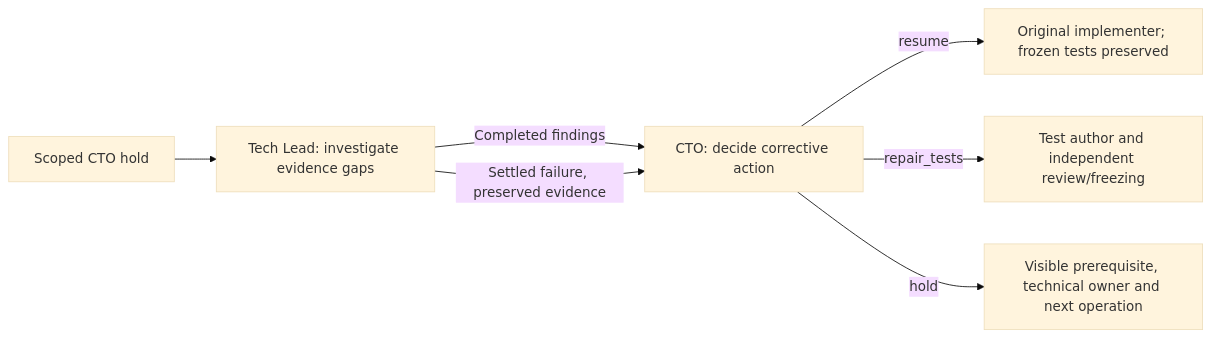
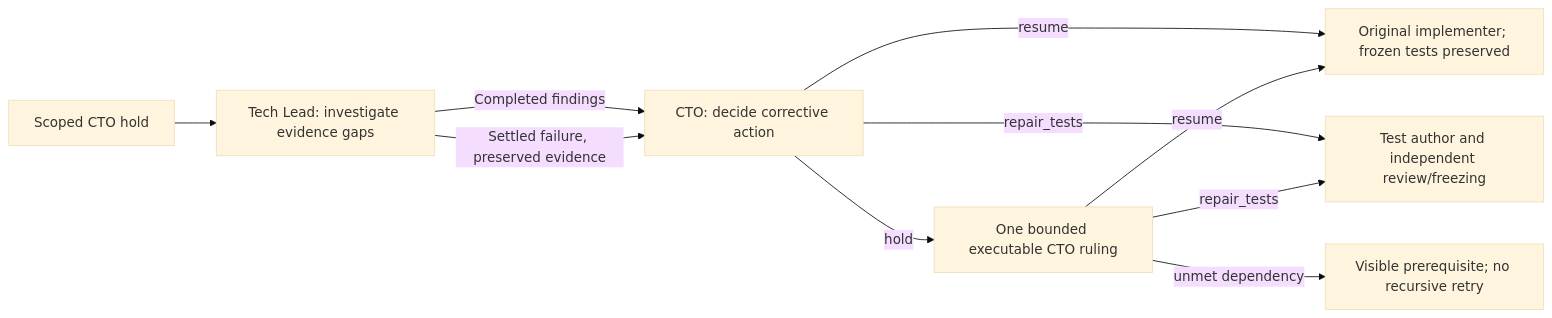
Before and after one commit to codifydeep/fabriquinha: the diagram in docs/EVIDENCE-DIRECTED-HOLDS.md, drawn with Mermaid (base theme). The commit also changed other lines of this file and 4 other files, not shown here.

Commit message:
Require executable CTO rulings with explicit experiment capabilities

````diff
--- a/docs/EVIDENCE-DIRECTED-HOLDS.md
+++ b/docs/EVIDENCE-DIRECTED-HOLDS.md
@@ -8,9 +8,12 @@
 ```mermaid
 flowchart LR
   H[Scoped CTO hold] --> L[Tech Lead: investigate evidence gaps]
   L -->|Completed findings| C[CTO: decide corrective action]
   L -->|Settled failure, preserved evidence| C
   C -->|resume| I[Original implementer; frozen tests preserved]
   C -->|repair_tests| T[Test author and independent review/freezing]
-  C -->|hold| B[Visible prerequisite, technical owner and next operation]
+  C -->|hold| D[One bounded executable CTO ruling]
+  D -->|resume| I
+  D -->|repair_tests| T
+  D -->|unmet dependency| B[Visible prerequisite; no recursive retry]
 ```
````
